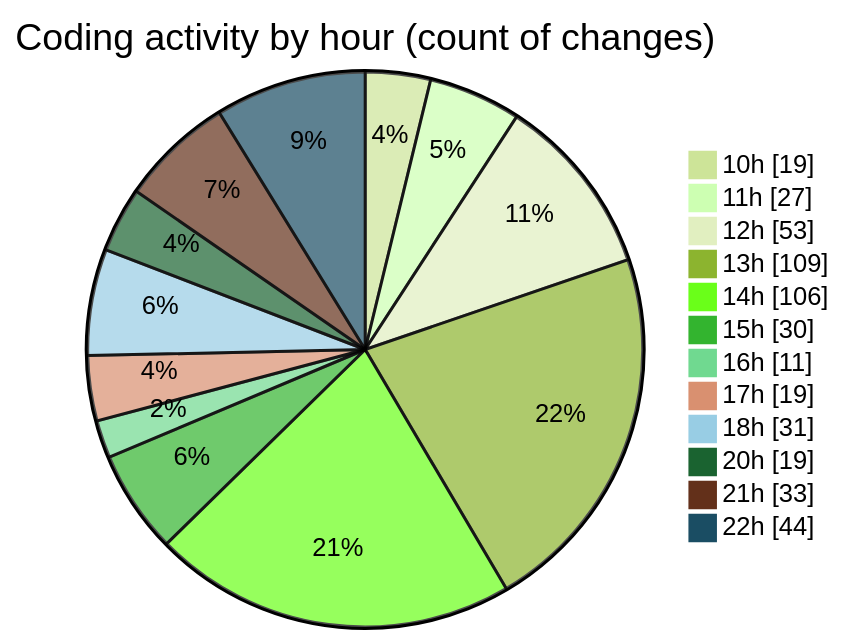
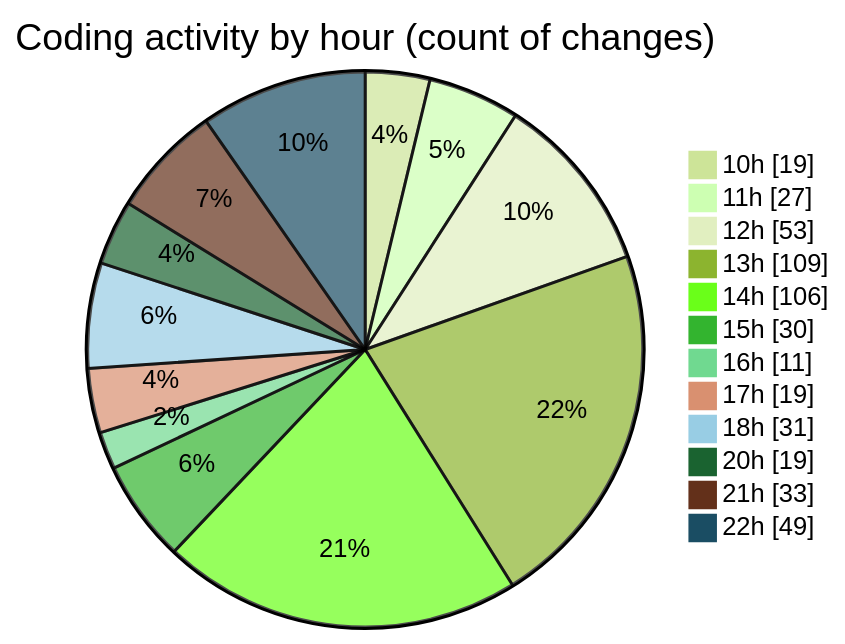
One commit to momahboobian/code-tracking changed the second of 2 diagrams in 2025-03-18/cda/README.md. Above: the diagram before and after it, drawn with Mermaid (forest theme). The commit also changed other lines of this file and 1 other file, not shown here.

````diff
--- a/2025-03-18/cda/README.md
+++ b/2025-03-18/cda/README.md
@@ -44,16 +46,16 @@
 ```mermaid
 pie showData
 title Coding activity by hour (count of changes)
 "10h" : 19
 "11h" : 27
 "12h" : 53
 "13h" : 109
 "14h" : 106
 "15h" : 30
 "16h" : 11
 "17h" : 19
 "18h" : 31
 "20h" : 19
 "21h" : 33
-"22h" : 44
+"22h" : 49
 ```
````
